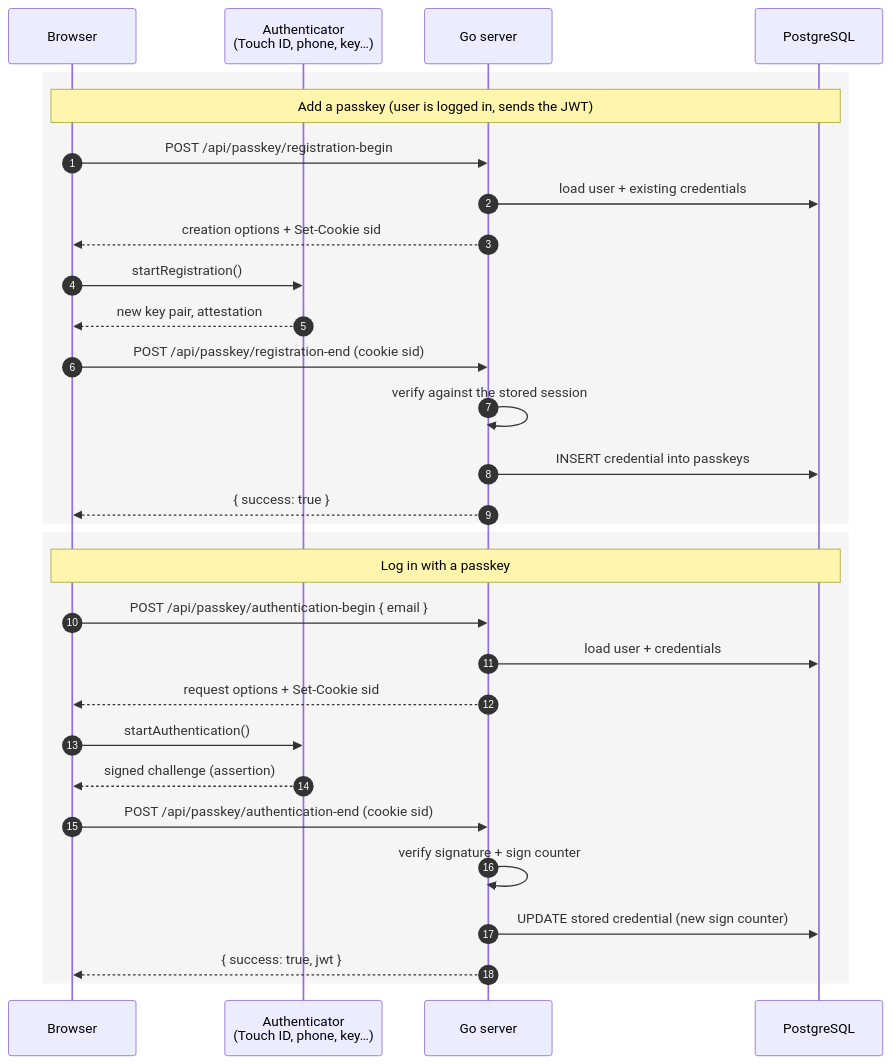
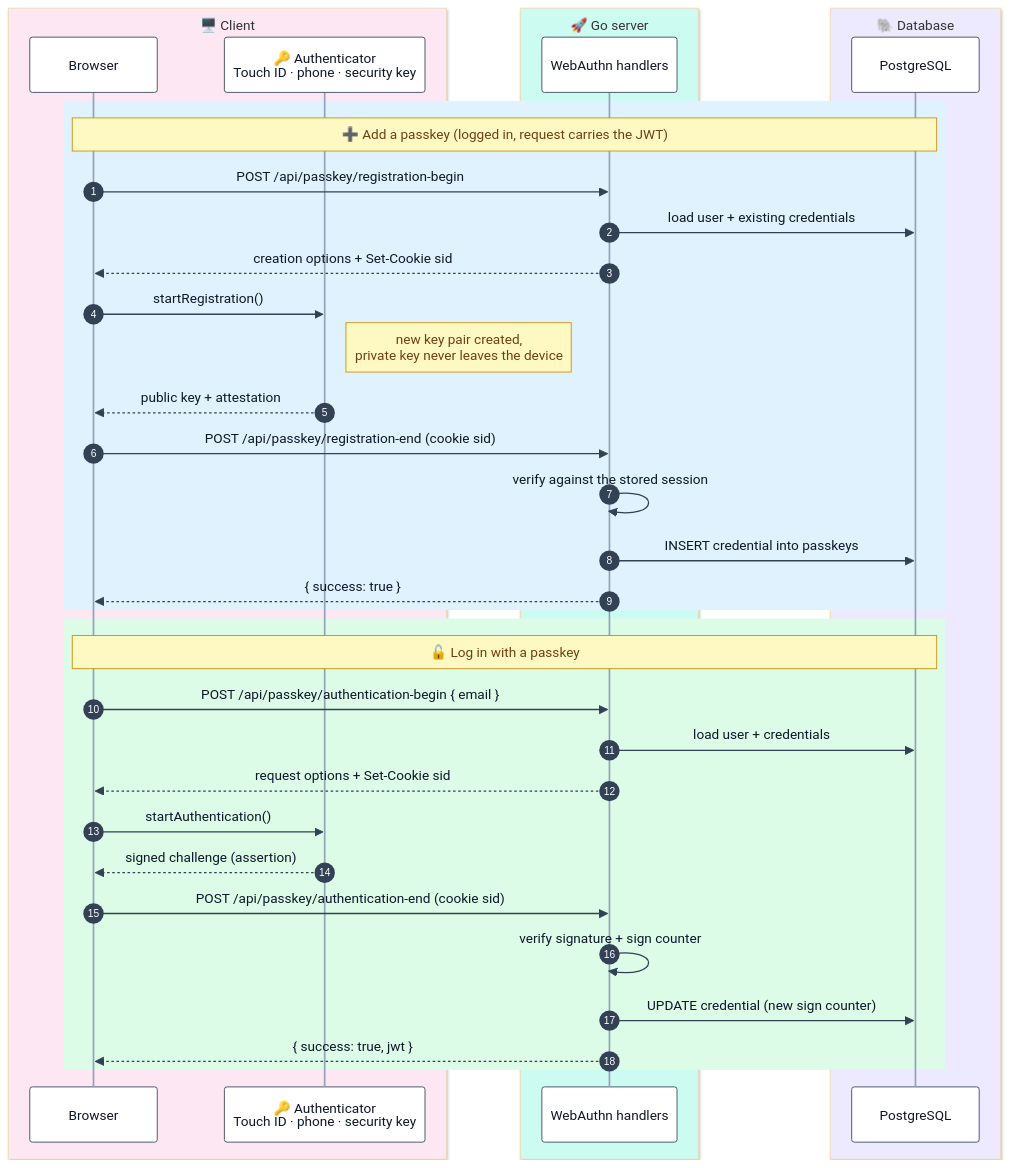
One commit to dhruv2223/reeling-it changed the third of 4 diagrams in README.md. Above: the diagram before and after it, drawn with Mermaid. The commit also changed other lines of this file, not shown here.

First line of the commit message:
Restyle README architecture diagrams with colour and icons

````diff
--- a/README.md
+++ b/README.md
@@ -148,34 +200,42 @@
 ```mermaid
+%%{init: {"theme": "base", "themeVariables": {"fontFamily": "Inter, Segoe UI, Helvetica, Arial, sans-serif", "actorBkg": "#ffffff", "actorBorder": "#334155", "actorTextColor": "#0f172a", "actorLineColor": "#94a3b8", "signalColor": "#334155", "signalTextColor": "#0f172a", "noteBkgColor": "#fef9c3", "noteBorderColor": "#ca8a04", "noteTextColor": "#713f12", "sequenceNumberColor": "#ffffff"}}}%%
 sequenceDiagram
     autonumber
-    participant B as Browser
-    participant A as Authenticator<br/>(Touch ID, phone, key…)
-    participant S as Go server
-    participant DB as PostgreSQL
-
-    rect rgba(127,127,127,0.08)
-    note over B,DB: Add a passkey (user is logged in, sends the JWT)
-    B->>S: POST /api/passkey/registration-begin
-    S->>DB: load user + existing credentials
-    S-->>B: creation options + Set-Cookie sid
-    B->>A: startRegistration()
-    A-->>B: new key pair, attestation
-    B->>S: POST /api/passkey/registration-end (cookie sid)
-    S->>S: verify against the stored session
-    S->>DB: INSERT credential into passkeys
-    S-->>B: { success: true }
+    box rgb(252, 231, 243) 🖥️ Client
+        participant B as Browser
+        participant A as 🔑 Authenticator<br/>Touch ID · phone · security key
+    end
+    box rgb(204, 251, 241) 🚀 Go server
+        participant S as WebAuthn handlers
+    end
+    box rgb(237, 233, 254) 🐘 Database
+        participant DB as PostgreSQL
     end
 
-    rect rgba(127,127,127,0.08)
-    note over B,DB: Log in with a passkey
-    B->>S: POST /api/passkey/authentication-begin { email }
-    S->>DB: load user + credentials
-    S-->>B: request options + Set-Cookie sid
-    B->>A: startAuthentication()
-    A-->>B: signed challenge (assertion)
-    B->>S: POST /api/passkey/authentication-end (cookie sid)
-    S->>S: verify signature + sign counter
-    S->>DB: UPDATE stored credential (new sign counter)
-    S-->>B: { success: true, jwt }
+    rect rgb(224, 242, 254)
+        Note over B,DB: ➕ Add a passkey (logged in, request carries the JWT)
+        B->>S: POST /api/passkey/registration-begin
+        S->>DB: load user + existing credentials
+        S-->>B: creation options + Set-Cookie sid
+        B->>A: startRegistration()
+        Note right of A: new key pair created,<br/>private key never leaves the device
+        A-->>B: public key + attestation
+        B->>S: POST /api/passkey/registration-end (cookie sid)
+        S->>S: verify against the stored session
+        S->>DB: INSERT credential into passkeys
+        S-->>B: { success: true }
+    end
+
+    rect rgb(220, 252, 231)
+        Note over B,DB: 🔓 Log in with a passkey
+        B->>S: POST /api/passkey/authentication-begin { email }
+        S->>DB: load user + credentials
+        S-->>B: request options + Set-Cookie sid
+        B->>A: startAuthentication()
+        A-->>B: signed challenge (assertion)
+        B->>S: POST /api/passkey/authentication-end (cookie sid)
+        S->>S: verify signature + sign counter
+        S->>DB: UPDATE credential (new sign counter)
+        S-->>B: { success: true, jwt }
     end
 ```
````
